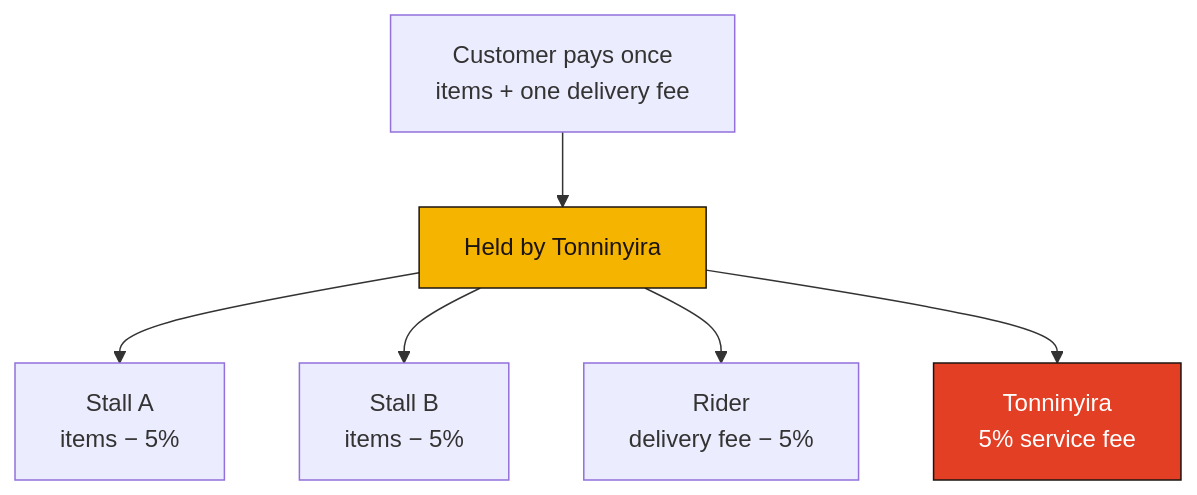
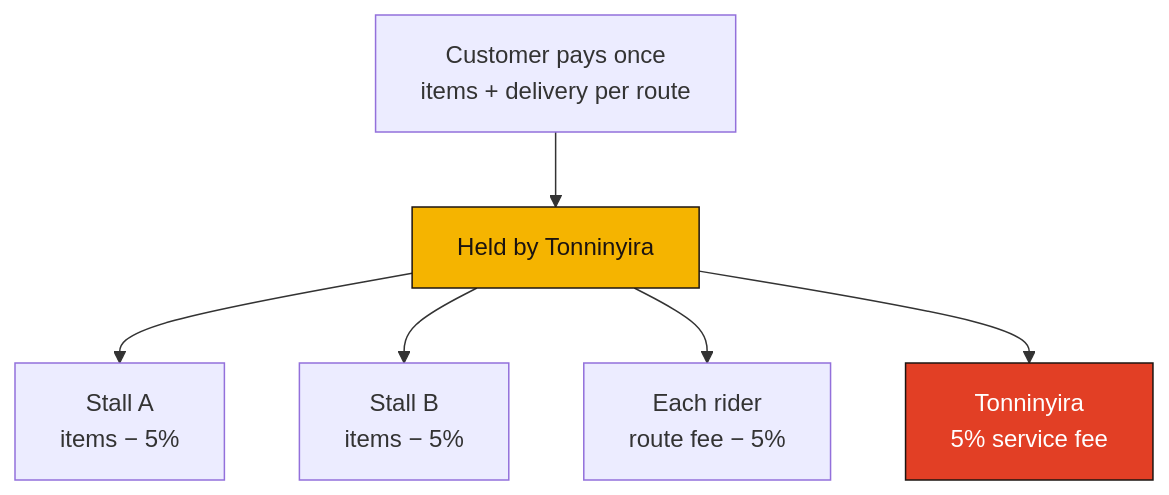
One commit to SpeakPower-commits/tonninyira changed the second of 4 diagrams in README.md. Above: the diagram before and after it, drawn with Mermaid. The commit also changed other lines of this file and 5 other files, not shown here.

First line of the commit message:
Many stalls, smart riders: one payment, one rider per route

````diff
--- a/README.md
+++ b/README.md
@@ -106,10 +111,10 @@
 ```mermaid
 flowchart TB
-  P["Customer pays once<br/>items + one delivery fee"] --> T["Held by Tonninyira"]
+  P["Customer pays once<br/>items + delivery per route"] --> T["Held by Tonninyira"]
   T --> S1["Stall A<br/>items − 5%"]
   T --> S2["Stall B<br/>items − 5%"]
-  T --> R["Rider<br/>delivery fee − 5%"]
+  T --> R["Each rider<br/>route fee − 5%"]
   T --> F["Tonninyira<br/>5% service fee"]
   style T fill:#F5B400,stroke:#1C1410,color:#1C1410
   style F fill:#E23F25,stroke:#1C1410,color:#ffffff
 ```
````
